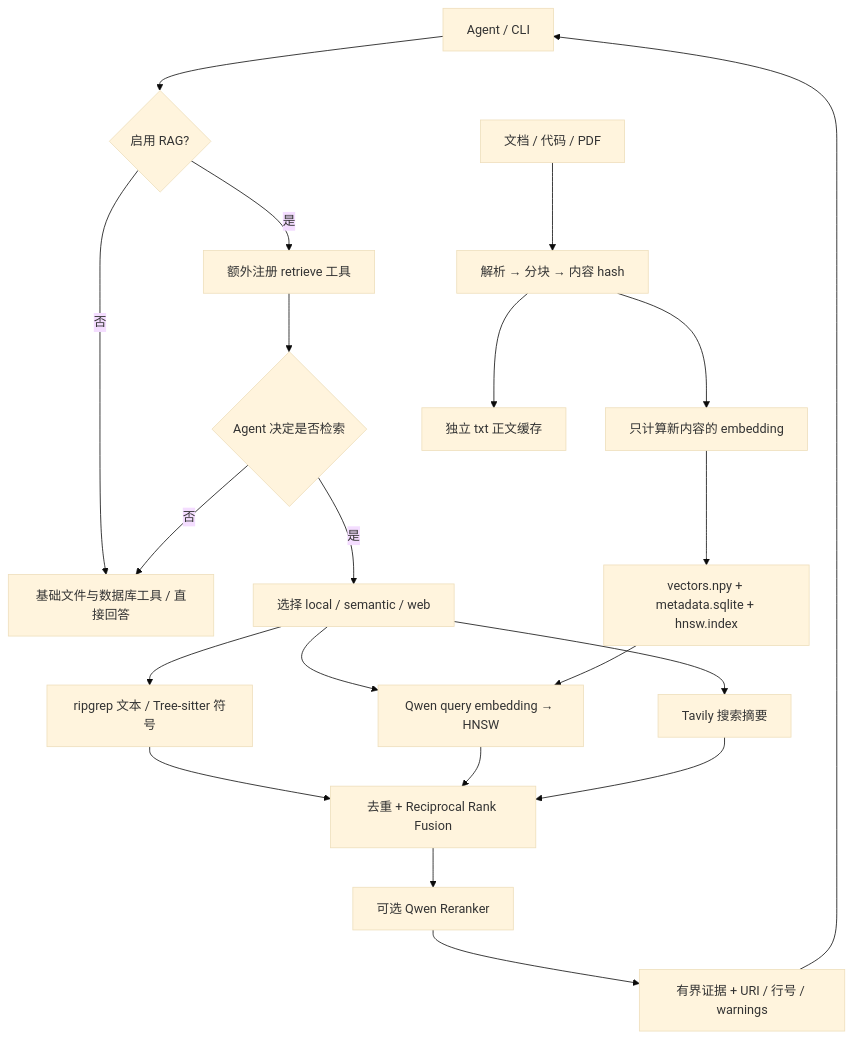
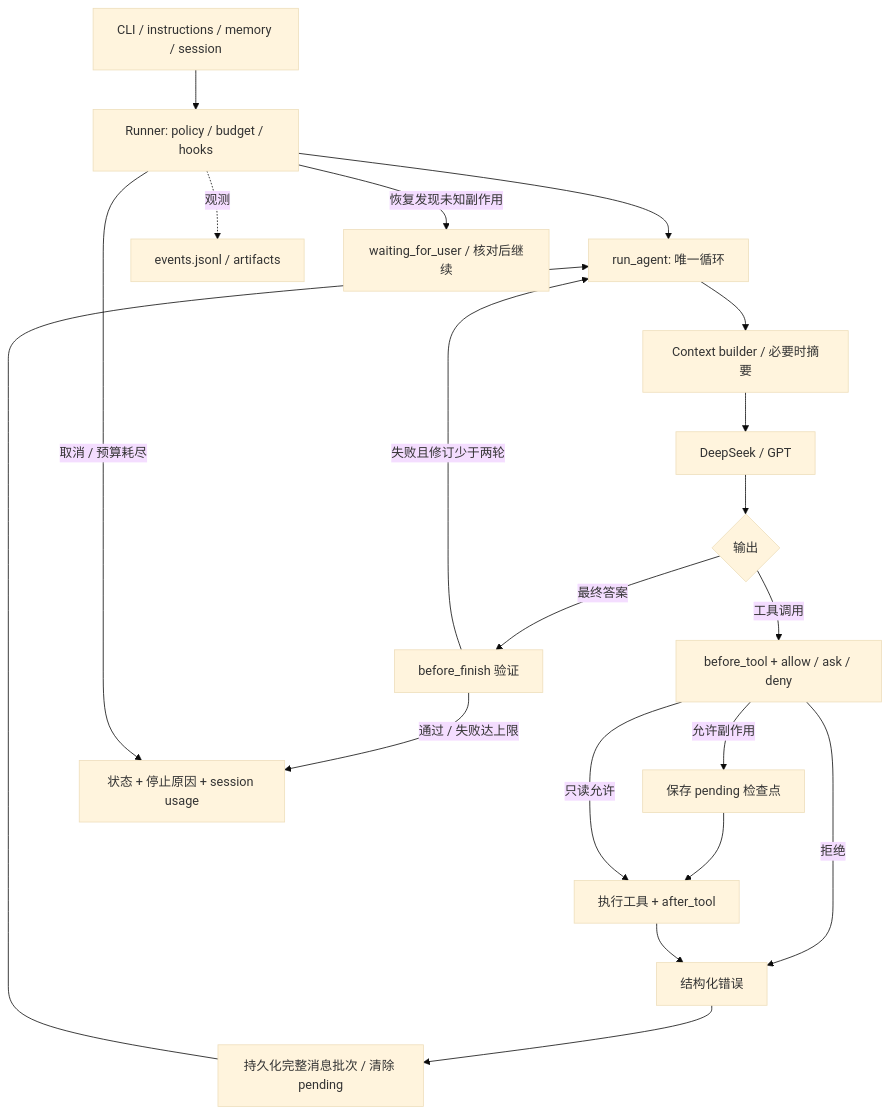
Before and after one commit to Huangsj1/ajAgent: the first of 3 diagrams in src/ajagent/rag/README.md, drawn with Mermaid (base theme). The commit also changed other lines of this file and 39 other files, not shown here.

````diff
--- a/src/ajagent/rag/README.md
+++ b/src/ajagent/rag/README.md
@@ -3,21 +3,22 @@
 ```mermaid
 flowchart TD
-    A[Agent / CLI] --> E{启用 RAG?}
-    E -->|否| B[基础文件与数据库工具 / 直接回答]
-    E -->|是| T[额外注册 retrieve 工具]
-    T --> D{Agent 决定是否检索}
-    D -->|否| B
-    D -->|是| S[选择 local / semantic / web]
-    S --> L[ripgrep 文本 / Tree-sitter 符号]
-    S --> V[Qwen query embedding → HNSW]
-    S --> W[Tavily 搜索摘要]
-    L & V & W --> F[去重 + Reciprocal Rank Fusion]
-    F --> R[可选 Qwen Reranker]
-    R --> O[有界证据 + URI / 行号 / warnings]
-    O --> A
-    K[文档 / 代码 / PDF] --> C[解析 → 分块 → 内容 hash]
-    C --> Q[只计算新内容的 embedding]
-    C --> X[独立 txt 正文缓存]
-    Q --> I[vectors.npy + metadata.sqlite + hnsw.index]
-    I --> V
+    U[CLI / instructions / memory / session] --> R[Runner: policy / budget / hooks]
+    R --> L[run_agent: 唯一循环]
+    L --> C[Context builder / 必要时摘要]
+    C --> M[DeepSeek / GPT]
+    M --> D{输出}
+    D -->|工具调用| P[before_tool + allow / ask / deny]
+    P -->|允许副作用| I[保存 pending 检查点]
+    I --> T[执行工具 + after_tool]
+    P -->|只读允许| T
+    P -->|拒绝| O[结构化错误]
+    T --> O
+    O --> S[持久化完整消息批次 / 清除 pending]
+    S --> L
+    D -->|最终答案| V[before_finish 验证]
+    V -->|失败且修订少于两轮| L
+    V -->|通过 / 失败达上限| F[状态 + 停止原因 + session usage]
+    R -.观测.-> E[events.jsonl / artifacts]
+    R -->|取消 / 预算耗尽| F
+    R -->|恢复发现未知副作用| W[waiting_for_user / 核对后继续]
 ```
````
